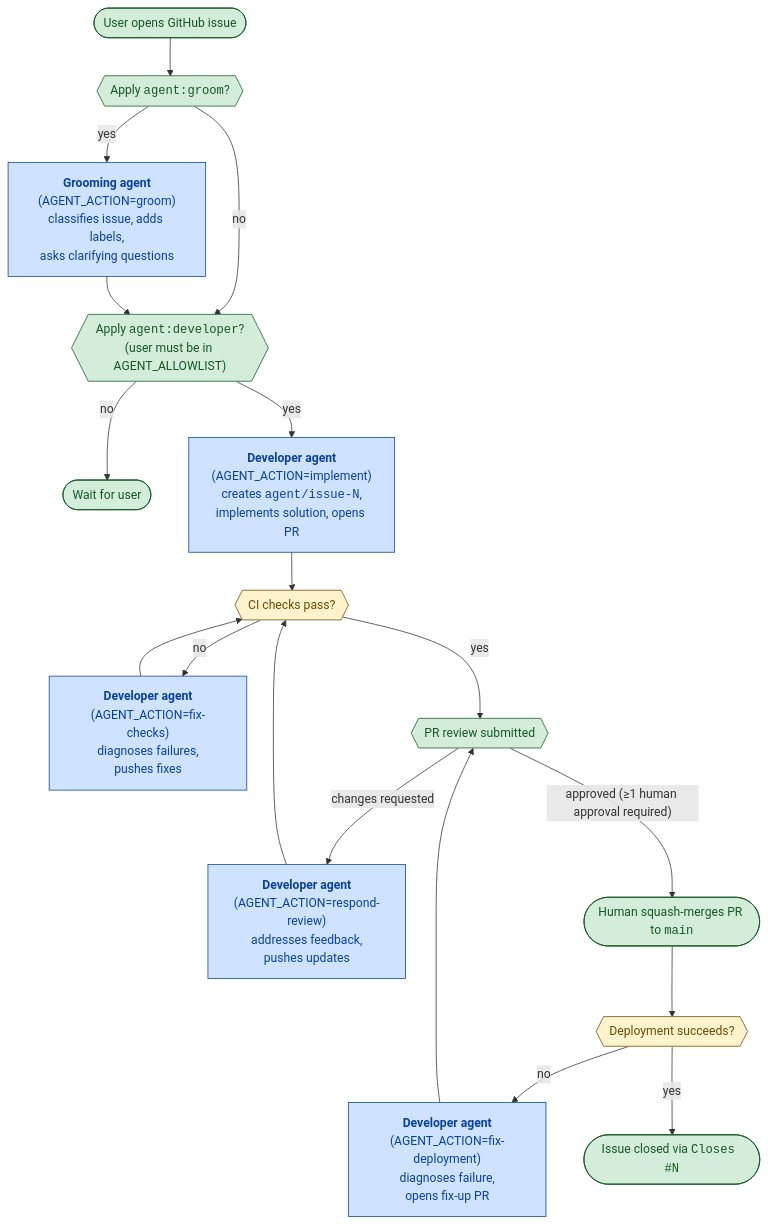
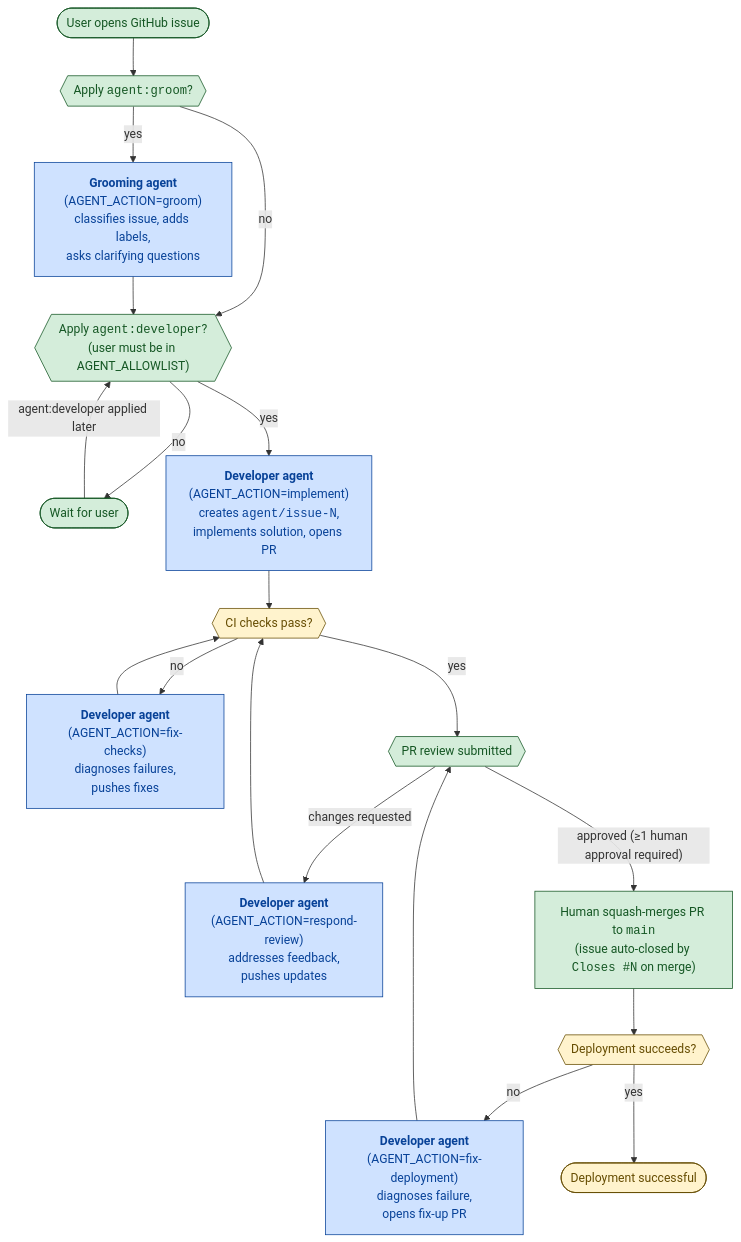
Before and after one commit to mfrancza/agentic-development-workflow: the diagram in README.md, drawn with Mermaid. The commit also changed other lines of this file, not shown here.

Commit message:
Fix SDLC diagram: loop back from Wait, clarify issue closure timing, note CI placeholder
- Add edge from Wait back to DevLabel so the diagram reflects that a user
  can apply agent:developer later rather than dead-ending the flow
- Move issue-closure annotation to the Merge node (where it actually
  happens via Closes #N on merge) and change the Done terminal to
  "Deployment successful" with :::system styling instead of :::human
- Broaden "CI workflows" to "GitHub Actions workflow checks" in the notes
  and cross-reference the CI-placeholder caveat already in How it works

````diff
--- a/README.md
+++ b/README.md
@@ -26,31 +26,32 @@
 ```mermaid
 flowchart TD
     Start([User opens GitHub issue]):::human --> GroomLabel{{"Apply <code>agent:groom</code>?"}}:::human
 
     GroomLabel -- "yes" --> Groom["<b>Grooming agent</b><br/>(AGENT_ACTION=groom)<br/>classifies issue, adds labels,<br/>asks clarifying questions"]:::agent
     GroomLabel -- "no" --> DevLabel
     Groom --> DevLabel{{"Apply <code>agent:developer</code>?<br/>(user must be in AGENT_ALLOWLIST)"}}:::human
 
     DevLabel -- "no" --> Wait([Wait for user]):::human
+    Wait -- "agent:developer applied later" --> DevLabel
     DevLabel -- "yes" --> Implement["<b>Developer agent</b><br/>(AGENT_ACTION=implement)<br/>creates <code>agent/issue-N</code>,<br/>implements solution, opens PR"]:::agent
 
     Implement --> CI{{"CI checks pass?"}}:::system
     CI -- "no" --> FixChecks["<b>Developer agent</b><br/>(AGENT_ACTION=fix-checks)<br/>diagnoses failures,<br/>pushes fixes"]:::agent
     FixChecks --> CI
 
     CI -- "yes" --> Review{{"PR review submitted"}}:::human
     Review -- "changes requested" --> Respond["<b>Developer agent</b><br/>(AGENT_ACTION=respond-review)<br/>addresses feedback,<br/>pushes updates"]:::agent
     Respond --> CI
 
-    Review -- "approved (≥1 human approval required)" --> Merge([Human squash-merges PR to <code>main</code>]):::human
+    Review -- "approved (≥1 human approval required)" --> Merge["Human squash-merges PR to <code>main</code><br/>(issue auto-closed by <code>Closes #N</code> on merge)"]:::human
     Merge --> Deploy{{"Deployment succeeds?"}}:::system
 
     Deploy -- "no" --> FixDeploy["<b>Developer agent</b><br/>(AGENT_ACTION=fix-deployment)<br/>diagnoses failure,<br/>opens fix-up PR"]:::agent
     FixDeploy --> Review
 
-    Deploy -- "yes" --> Done([Issue closed via <code>Closes #N</code>]):::human
+    Deploy -- "yes" --> Done([Deployment successful]):::system
 
     classDef human fill:#d4edda,stroke:#155724,color:#155724
     classDef agent fill:#cfe2ff,stroke:#084298,color:#084298
     classDef system fill:#fff3cd,stroke:#664d03,color:#664d03
 ```
````
